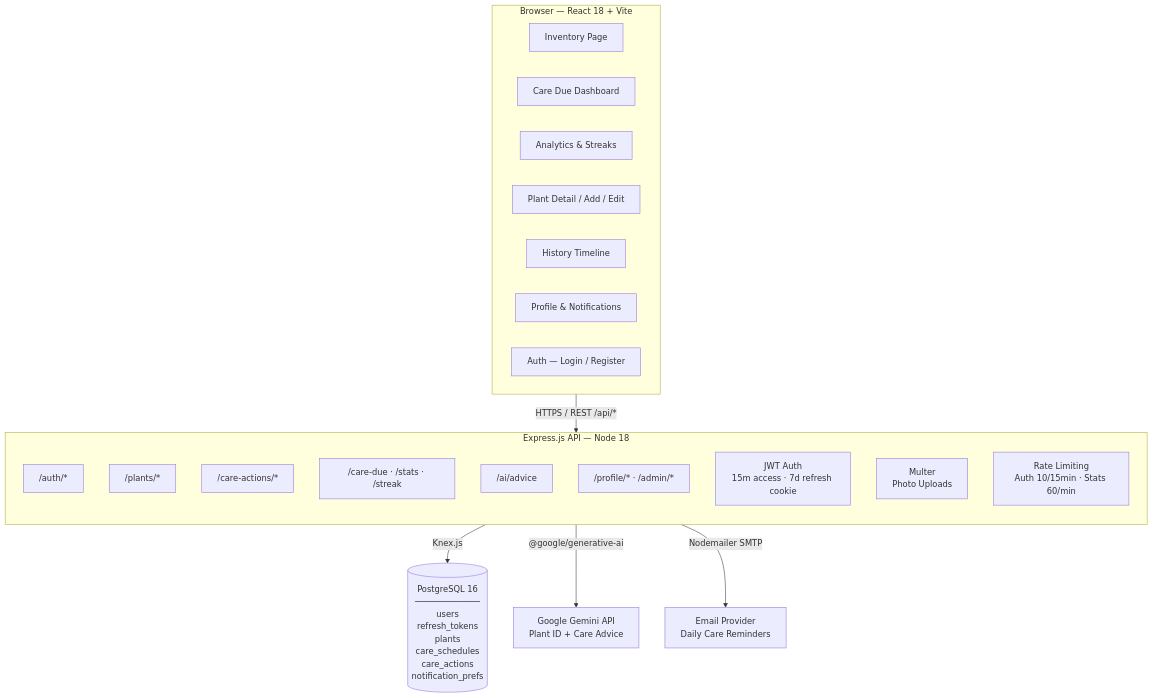
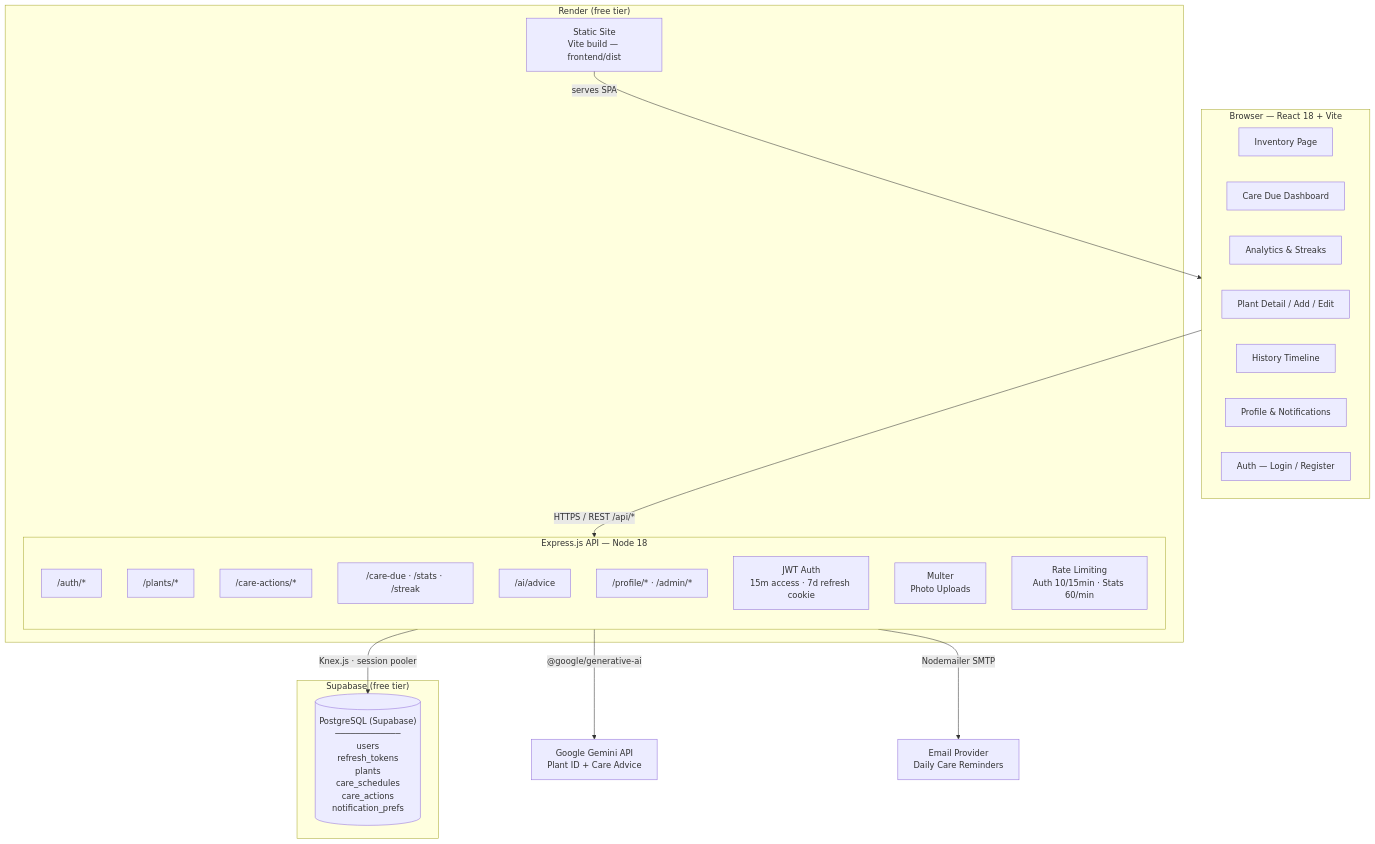
One commit to yixinxiao7/plant_guardians changed the first of 2 diagrams in README.md. Above: the diagram before and after it, drawn with Mermaid. The commit also changed other lines of this file and 7 other files, not shown here.

````diff
--- a/README.md
+++ b/README.md
@@ -9,33 +9,42 @@
 ```mermaid
 graph TD
     subgraph Browser["Browser — React 18 + Vite"]
         UI1[Inventory Page]
         UI2[Care Due Dashboard]
         UI3[Analytics & Streaks]
         UI4[Plant Detail / Add / Edit]
         UI5[History Timeline]
         UI6[Profile & Notifications]
         UI7[Auth — Login / Register]
     end
 
-    subgraph API["Express.js API — Node 18"]
-        direction TB
-        R1["/auth/*"]
-        R2["/plants/*"]
-        R3["/care-actions/*"]
-        R4["/care-due · /stats · /streak"]
-        R5["/ai/advice"]
-        R6["/profile/* · /admin/*"]
+    subgraph Render["Render (free tier)"]
+        Static["Static Site<br/>Vite build — frontend/dist"]
 
-        MW1[JWT Auth\n15m access · 7d refresh cookie]
-        MW2[Multer\nPhoto Uploads]
-        MW3[Rate Limiting\nAuth 10/15min · Stats 60/min]
+        subgraph API["Express.js API — Node 18"]
+            direction TB
+            R1["/auth/*"]
+            R2["/plants/*"]
+            R3["/care-actions/*"]
+            R4["/care-due · /stats · /streak"]
+            R5["/ai/advice"]
+            R6["/profile/* · /admin/*"]
+
+            MW1[JWT Auth\n15m access · 7d refresh cookie]
+            MW2[Multer\nPhoto Uploads]
+            MW3[Rate Limiting\nAuth 10/15min · Stats 60/min]
+        end
     end
 
+    subgraph Supabase["Supabase (free tier)"]
+        DB[("PostgreSQL (Supabase)<br/>─────────────<br/>users<br/>refresh_tokens<br/>plants<br/>care_schedules<br/>care_actions<br/>notification_prefs")]
+    end
+
+    Static -->|"serves SPA"| Browser
     Browser -->|"HTTPS / REST  /api/*"| API
 
-    API -->|Knex.js| DB[(PostgreSQL 16\n─────────────\nusers\nrefresh_tokens\nplants\ncare_schedules\ncare_actions\nnotification_prefs)]
+    API -->|"Knex.js · session pooler"| DB
 
     API -->|"@google/generative-ai"| Gemini[Google Gemini API\nPlant ID + Care Advice]
     API -->|Nodemailer SMTP| Email[Email Provider\nDaily Care Reminders]
 ```
````
